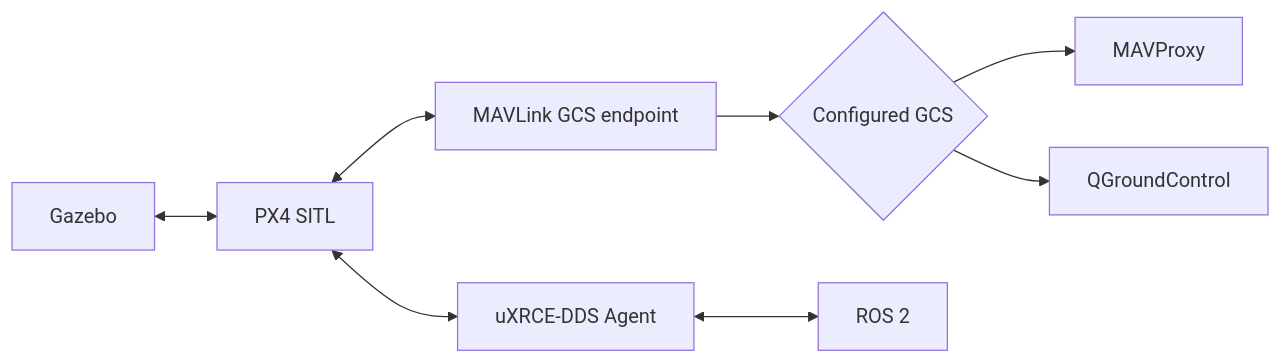
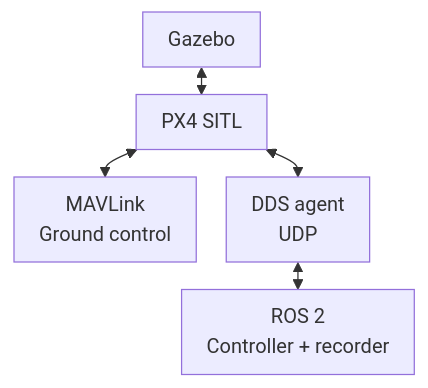
One commit to ANCL/px4-dev-toolkit changed the diagram in docs/environments/sitl.md. Above: the diagram before and after it, drawn with Mermaid. The commit also changed other lines of this file and 212 other files, not shown here.

Commit message:
Simplify installation and toolkit architecture

````diff
--- a/docs/environments/sitl.md
+++ b/docs/environments/sitl.md
@@ -11,10 +13,16 @@
 ```mermaid
-flowchart LR
-    G[Gazebo] <--> P[PX4 SITL]
-    P <--> M[MAVLink GCS endpoint]
-    M --> C{Configured GCS}
-    C --> MP[MAVProxy]
-    C --> Q[QGroundControl]
-    P <--> X[uXRCE-DDS Agent]
-    X <--> R[ROS 2]
+---
+config:
+  flowchart:
+    useMaxWidth: false
+    wrappingWidth: 180
+    padding: 10
+    rankSpacing: 22
+    nodeSpacing: 24
+---
+flowchart TB
+    G["Gazebo"] <--> P["PX4 SITL"]
+    P <--> M["MAVLink<br/>Ground control"]
+    P <--> X["DDS agent<br/>UDP"]
+    X <--> R["ROS 2<br/>Controller + recorder"]
 ```
````
